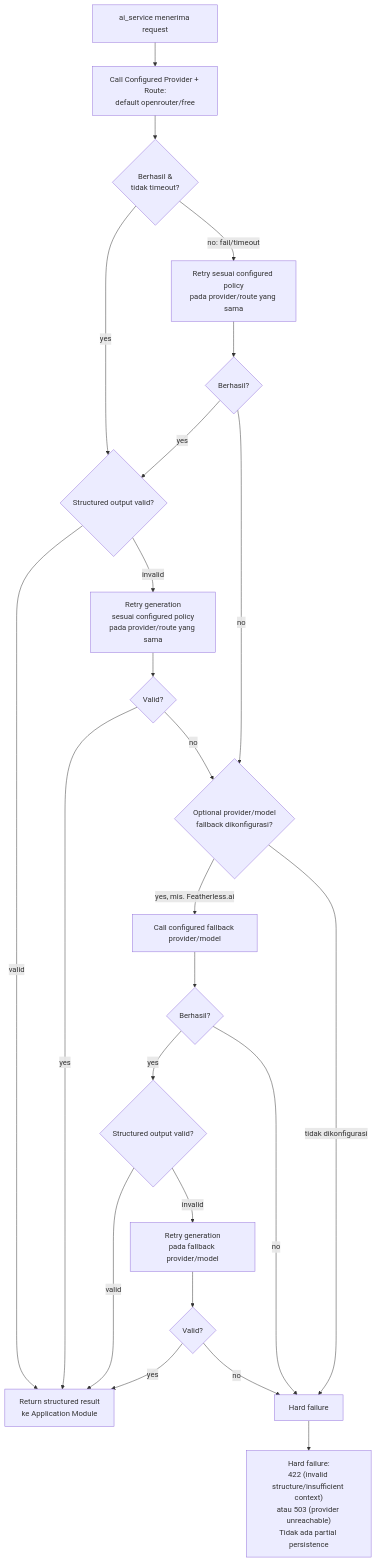
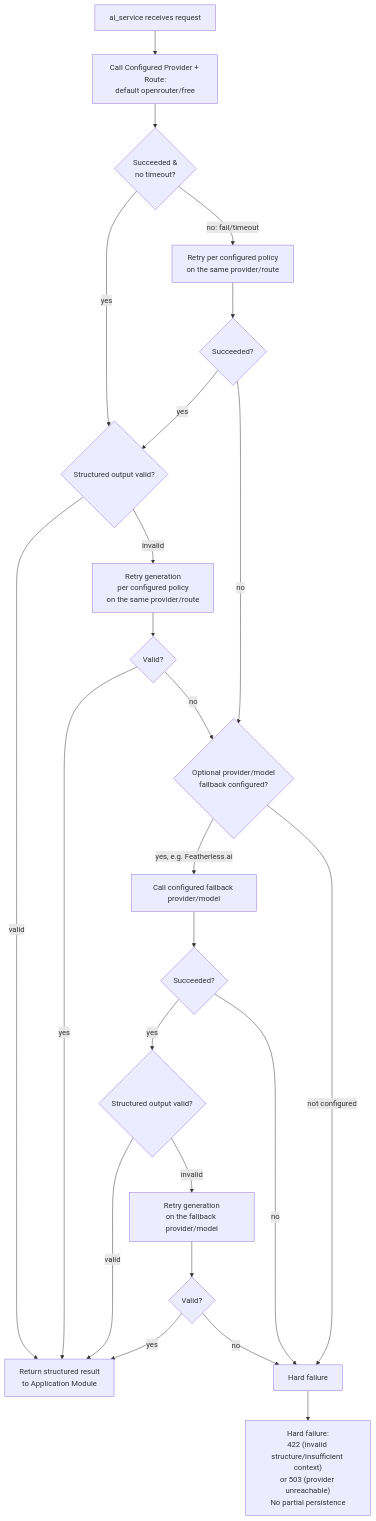
One commit to Divasatria100/studyback-personal-ai-teacher changed the third of 3 diagrams in docs/06-ai-architecture.md. Above: the diagram before and after it, drawn with Mermaid. The commit also changed other lines of this file and 4 other files, not shown here.

````diff
--- a/docs/06-ai-architecture.md
+++ b/docs/06-ai-architecture.md
@@ -135,26 +135,26 @@
 ```mermaid
 flowchart TD
-    START[ai_service menerima request] --> P1[Call Configured Provider + Route:<br/>default openrouter/free]
-    P1 --> P1OK{Berhasil &<br/>tidak timeout?}
+    START[ai_service receives request] --> P1[Call Configured Provider + Route:<br/>default openrouter/free]
+    P1 --> P1OK{Succeeded &<br/>no timeout?}
     P1OK -->|yes| VAL1{Structured output valid?}
-    P1OK -->|no: fail/timeout| P1RETRY[Retry sesuai configured policy<br/>pada provider/route yang sama]
-    P1RETRY --> P1RETRYOK{Berhasil?}
+    P1OK -->|no: fail/timeout| P1RETRY[Retry per configured policy<br/>on the same provider/route]
+    P1RETRY --> P1RETRYOK{Succeeded?}
     P1RETRYOK -->|yes| VAL1
-    P1RETRYOK -->|no| FB{Optional provider/model<br/>fallback dikonfigurasi?}
-    FB -->|yes, mis. Featherless.ai| FBCALL[Call configured fallback provider/model]
-    FB -->|tidak dikonfigurasi| FAIL[Hard failure]
-    FBCALL --> FBOK{Berhasil?}
+    P1RETRYOK -->|no| FB{Optional provider/model<br/>fallback configured?}
+    FB -->|yes, e.g. Featherless.ai| FBCALL[Call configured fallback provider/model]
+    FB -->|not configured| FAIL[Hard failure]
+    FBCALL --> FBOK{Succeeded?}
     FBOK -->|yes| VAL2{Structured output valid?}
     FBOK -->|no| FAIL
-    VAL1 -->|valid| RETURN[Return structured result<br/>ke Application Module]
-    VAL1 -->|invalid| REGEN1[Retry generation<br/>sesuai configured policy<br/>pada provider/route yang sama]
+    VAL1 -->|valid| RETURN[Return structured result<br/>to Application Module]
+    VAL1 -->|invalid| REGEN1[Retry generation<br/>per configured policy<br/>on the same provider/route]
     REGEN1 --> VAL1B{Valid?}
     VAL1B -->|yes| RETURN
     VAL1B -->|no| FB
     VAL2 -->|valid| RETURN
-    VAL2 -->|invalid| REGEN2[Retry generation<br/>pada fallback provider/model]
+    VAL2 -->|invalid| REGEN2[Retry generation<br/>on the fallback provider/model]
     REGEN2 --> VAL2B{Valid?}
     VAL2B -->|yes| RETURN
     VAL2B -->|no| FAIL
-    FAIL --> HARDFAIL["Hard failure:<br/>422 (invalid structure/insufficient context)<br/>atau 503 (provider unreachable)<br/>Tidak ada partial persistence"]
+    FAIL --> HARDFAIL["Hard failure:<br/>422 (invalid structure/insufficient context)<br/>or 503 (provider unreachable)<br/>No partial persistence"]
 ```
````
